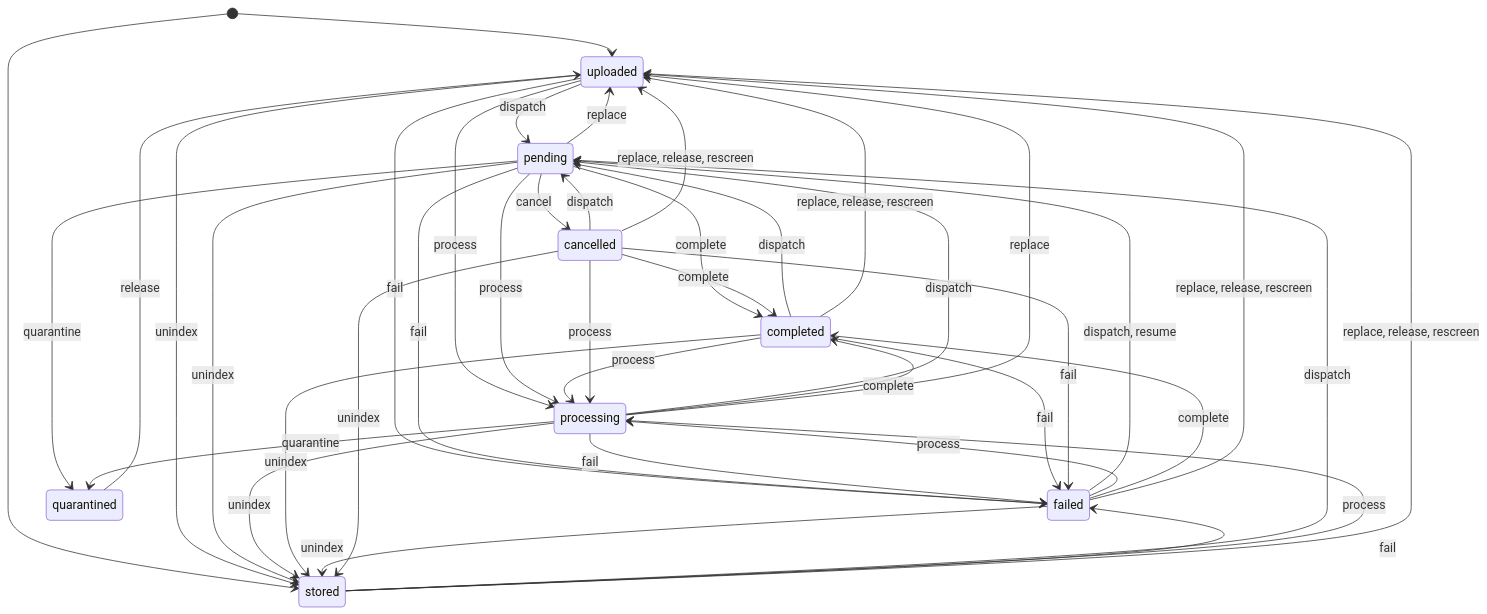
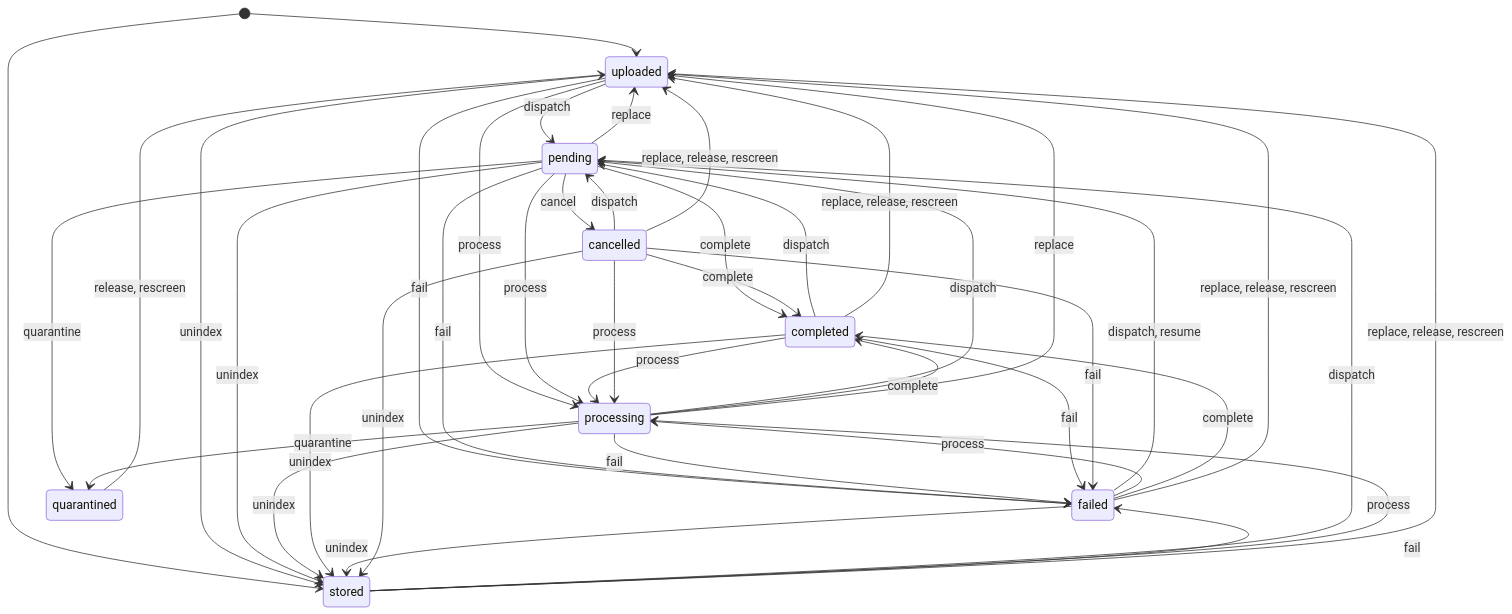
Before and after one commit to archos-at/archos: the third of 12 diagrams in docs/architecture/lifecycles.generated.md, drawn with Mermaid. The commit also changed other lines of this file and 84 other files, not shown here.

````diff
--- a/docs/architecture/lifecycles.generated.md
+++ b/docs/architecture/lifecycles.generated.md
@@ -79,43 +79,43 @@
 ```mermaid
 stateDiagram-v2
   [*] --> uploaded
   [*] --> stored
   uploaded --> pending: dispatch
   uploaded --> processing: process
   uploaded --> failed: fail
   uploaded --> stored: unindex
   pending --> completed: complete
   pending --> failed: fail
   pending --> quarantined: quarantine
   pending --> cancelled: cancel
   pending --> processing: process
   pending --> stored: unindex
   pending --> uploaded: replace
   processing --> pending: dispatch
   processing --> completed: complete
   processing --> failed: fail
   processing --> quarantined: quarantine
   processing --> stored: unindex
   processing --> uploaded: replace
   completed --> pending: dispatch
   completed --> processing: process
   completed --> failed: fail
   completed --> stored: unindex
   completed --> uploaded: replace, release, rescreen
   failed --> pending: dispatch, resume
   failed --> processing: process
   failed --> completed: complete
   failed --> stored: unindex
   failed --> uploaded: replace, release, rescreen
-  quarantined --> uploaded: release
+  quarantined --> uploaded: release, rescreen
   stored --> pending: dispatch
   stored --> processing: process
   stored --> failed: fail
   stored --> uploaded: replace, release, rescreen
   cancelled --> pending: dispatch
   cancelled --> processing: process
   cancelled --> completed: complete
   cancelled --> failed: fail
   cancelled --> stored: unindex
   cancelled --> uploaded: replace, release, rescreen
 ```
````
